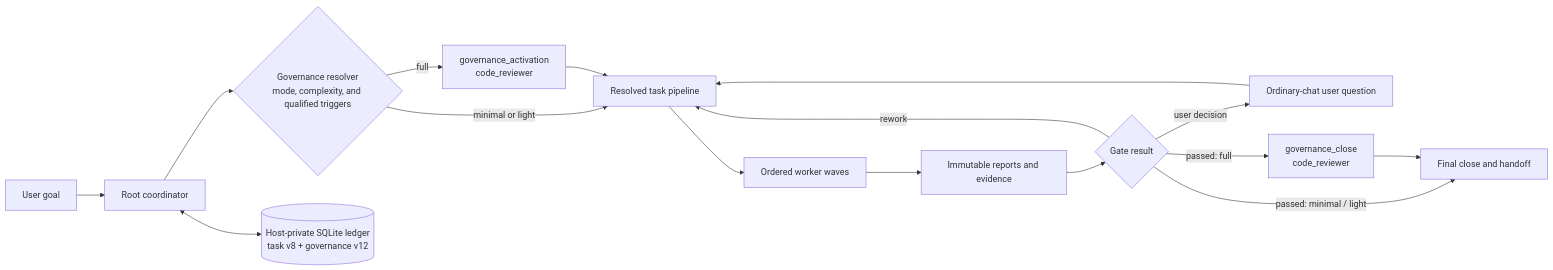
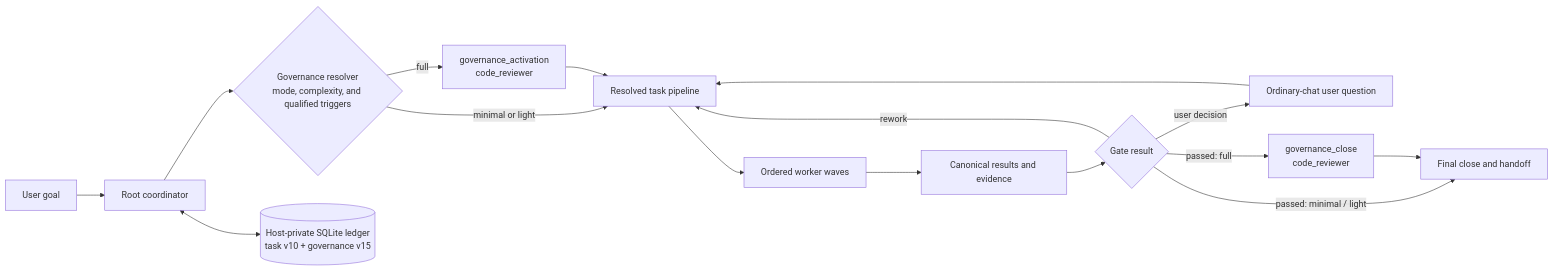
One commit to igovet/codex-cortex-orchestrator changed the diagram in README.md. Above: the diagram before and after it, drawn with Mermaid. The commit also changed other lines of this file and 128 other files, not shown here.

````diff
--- a/README.md
+++ b/README.md
@@ -583,21 +583,21 @@
 ```mermaid
 flowchart LR
     U["User goal"] --> R["Root coordinator"]
     R --> M{"Governance resolver<br/>mode, complexity, and qualified triggers"}
 
     M -- "minimal or light" --> P["Resolved task pipeline"]
     M -- "full" --> GA["governance_activation<br/>code_reviewer"]
     GA --> P
 
     P --> W["Ordered worker waves"]
-    W --> B["Immutable reports and evidence"]
+    W --> B["Canonical results and evidence"]
     B --> G{"Gate result"}
     G -- "rework" --> P
     G -- "user decision" --> Q["Ordinary-chat user question"]
     Q --> P
     G -- "passed: minimal / light" --> C["Final close and handoff"]
     G -- "passed: full" --> GC["governance_close<br/>code_reviewer"]
     GC --> C
 
-    R <--> L[("Host-private SQLite ledger<br/>task v8 + governance v12")]
+    R <--> L[("Host-private SQLite ledger<br/>task v10 + governance v15")]
 ```
````
